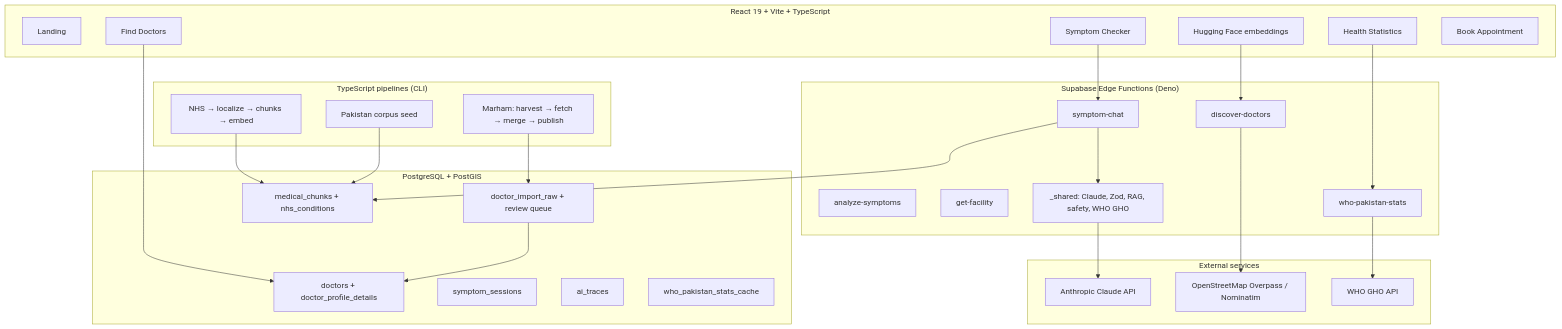
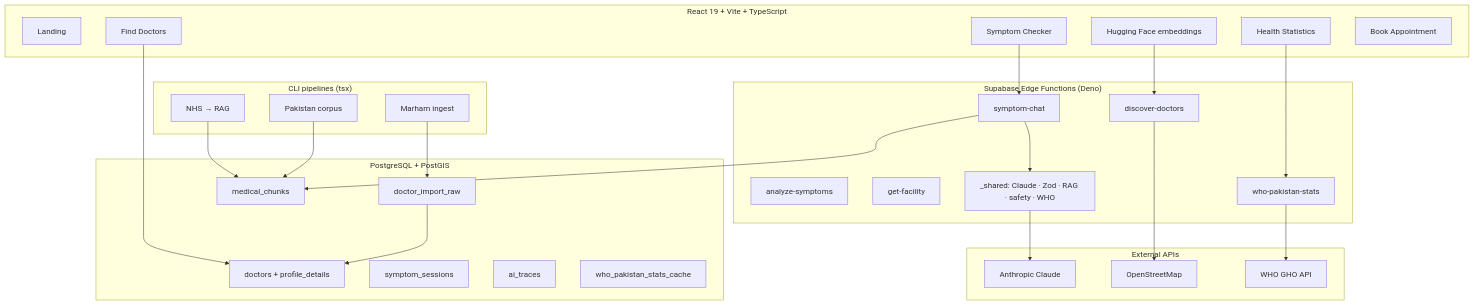
One commit to Faran-samra/HealthPilot-AI changed the diagram in README.md. Above: the diagram before and after it, drawn with Mermaid. The commit also changed other lines of this file, not shown here.

First line of the commit message:
docs: comprehensive README with full project details and skills mapping

````diff
--- a/README.md
+++ b/README.md
@@ -90,51 +126,51 @@
 ```mermaid
 flowchart TB
   subgraph Client["React 19 + Vite + TypeScript"]
     LP[Landing]
     SC[Symptom Checker]
     FD[Find Doctors]
     HF[Healthcare Facilities]
     HS[Health Statistics]
     BK[Book Appointment]
   end
 
   subgraph Edge["Supabase Edge Functions (Deno)"]
     SCF[symptom-chat]
     AS[analyze-symptoms]
     DISC[discover-doctors]
     GF[get-facility]
     WHO[who-pakistan-stats]
-    SH["_shared: Claude, Zod, RAG, safety, WHO GHO"]
+    SH["_shared: Claude · Zod · RAG · safety · WHO"]
   end
 
   subgraph Data["PostgreSQL + PostGIS"]
-    DOC[doctors + doctor_profile_details]
-    IMP[doctor_import_raw + review queue]
+    DOC[doctors + profile_details]
+    IMP[doctor_import_raw]
     SESS[symptom_sessions]
-    RAGT[medical_chunks + nhs_conditions]
+    RAGT[medical_chunks]
     TRACE[ai_traces]
     WHOC[who_pakistan_stats_cache]
   end
 
-  subgraph Ingest["TypeScript pipelines (CLI)"]
-    MAR[Marham: harvest → fetch → merge → publish]
-    NHS[NHS → localize → chunks → embed]
-    PK[Pakistan corpus seed]
+  subgraph Ingest["CLI pipelines (tsx)"]
+    MAR[Marham ingest]
+    NHS[NHS → RAG]
+    PK[Pakistan corpus]
   end
 
-  subgraph External["External services"]
-    CLAUDE[Anthropic Claude API]
-    OSM[OpenStreetMap Overpass / Nominatim]
+  subgraph External["External APIs"]
+    CLAUDE[Anthropic Claude]
+    OSM[OpenStreetMap]
     HF[Hugging Face embeddings]
     GHO[WHO GHO API]
   end
 
   SC --> SCF --> SH --> CLAUDE
   SCF --> RAGT
   FD --> DOC
   HF --> DISC --> OSM
   HS --> WHO --> GHO
   MAR --> IMP --> DOC
   NHS --> RAGT
   PK --> RAGT
 ```
````
